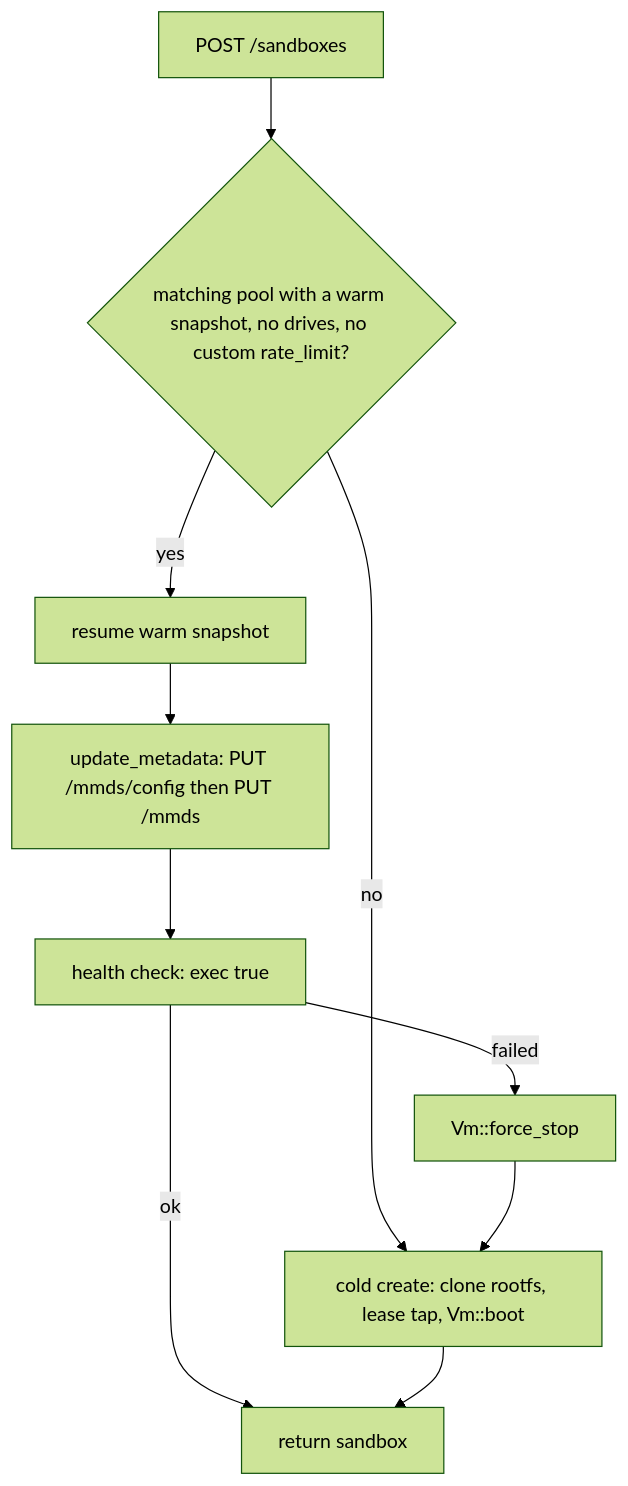
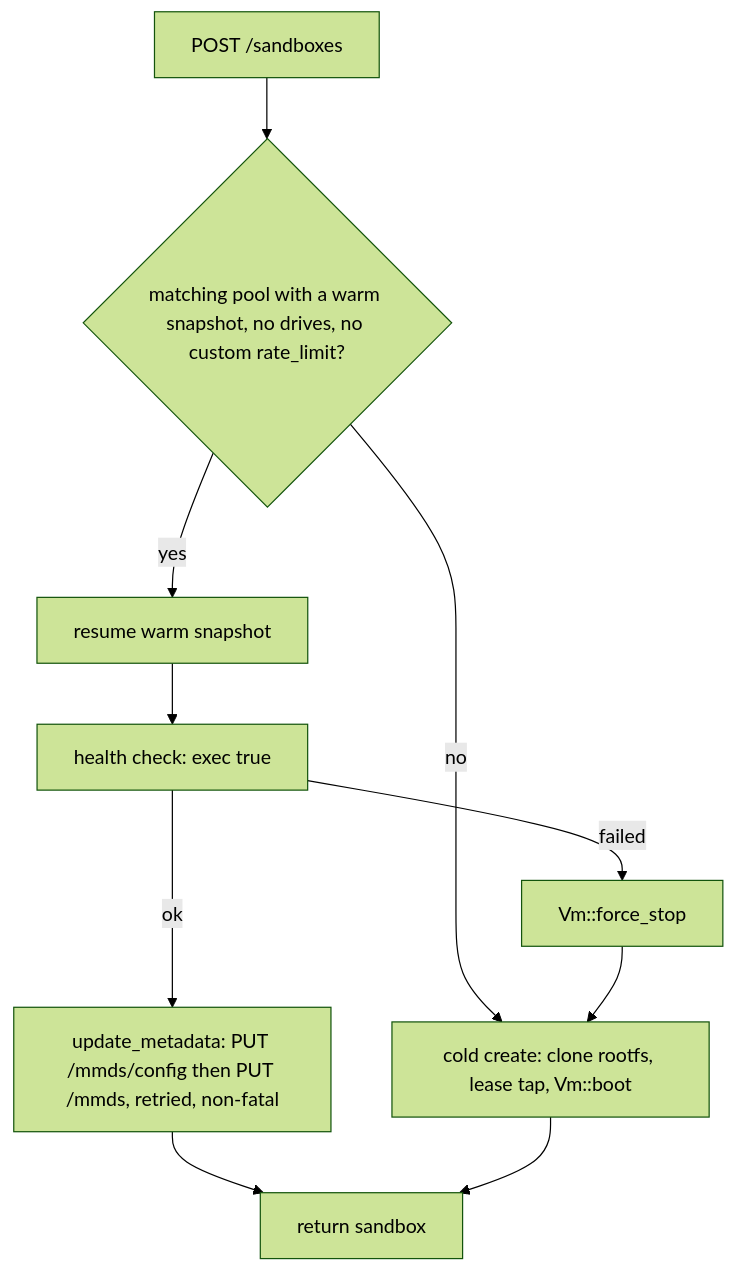
Before and after one commit to SumitKumar-17/sandkiln: the diagram in docs-site/architecture/startup-latency.mdx, drawn with Mermaid (forest theme). The commit also changed other lines of this file, not shown here.

Commit message:
startup-latency: correct claim flow order

````diff
--- a/docs-site/architecture/startup-latency.mdx
+++ b/docs-site/architecture/startup-latency.mdx
@@ -58,12 +58,12 @@
 ```mermaid
 flowchart TD
     A[POST /sandboxes] --> B{matching pool with a warm snapshot, no drives, no custom rate_limit?}
     B -- no --> C[cold create: clone rootfs, lease tap, Vm::boot]
     B -- yes --> D[resume warm snapshot]
-    D --> E[update_metadata: PUT /mmds/config then PUT /mmds]
-    E --> F[health check: exec true]
-    F -- ok --> G[return sandbox]
+    D --> F[health check: exec true]
+    F -- ok --> E[update_metadata: PUT /mmds/config then PUT /mmds, retried, non-fatal]
+    E --> G[return sandbox]
     F -- failed --> H[Vm::force_stop]
     H --> C
     C --> G
 ```
````
